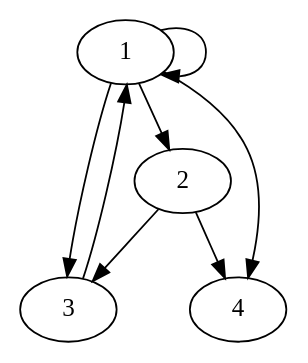
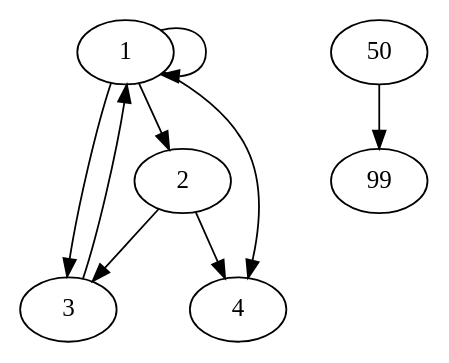
One commit to toolbuddy/visual-ll changed the diagram in result/output3.dot. Above: the diagram before and after it, drawn with Graphviz. The commit also changed 7 other files, not shown here.

```diff
--- a/result/output3.dot
+++ b/result/output3.dot
@@ -1,9 +1,16 @@
 digraph G {
 	1 -> 3
 	1 -> 2
 	1 -> 4
 	1 -> 1
+	1
 	2 -> 3
 	2 -> 4
+	2
 	3 -> 1
+	3
+	4
+	99
+	50 -> 99
+	50
 }
```
